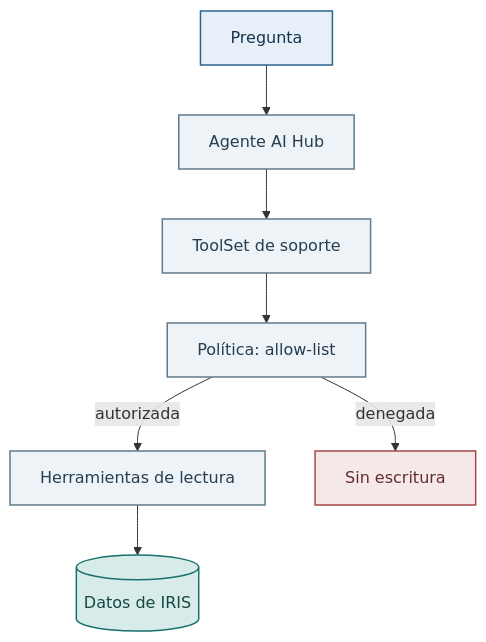
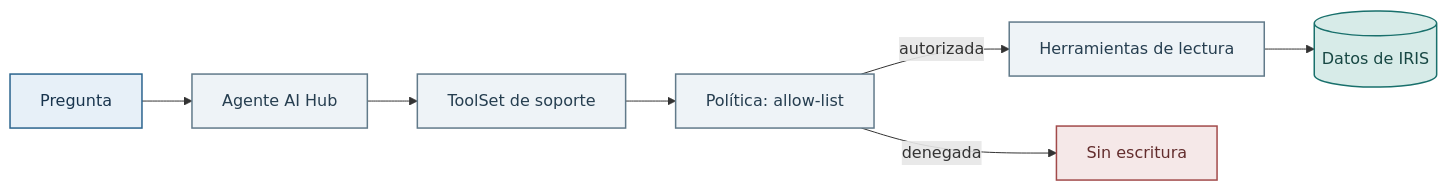
Before and after one commit to intersystems-ib/curso-ia-asistentes-iris: the diagram in labs/04-iris-y-aihub/README.md, drawn with Mermaid. The commit also changed 7 other files, not shown here.

Commit message:
docs: layout diagramas mermaid

````diff
--- a/labs/04-iris-y-aihub/README.md
+++ b/labs/04-iris-y-aihub/README.md
@@ -26,17 +26,17 @@
 ```mermaid
-flowchart TB
+flowchart LR
     Question[Pregunta] --> Agent[Agente AI Hub]
     Agent --> ToolSet[ToolSet de soporte]
     ToolSet --> Policy[Política: allow-list]
     Policy -->|autorizada| Tools[Herramientas de lectura]
     Policy -->|denegada| Block[Sin escritura]
     Tools --> IRIS[(Datos de IRIS)]
     classDef input fill:#E7F0F8,stroke:#2B648E,color:#18344D,stroke-width:1.5px;
     classDef process fill:#EEF3F7,stroke:#617A8A,color:#263E50,stroke-width:1.5px;
     classDef iris fill:#D7EBE8,stroke:#19706C,color:#174743,stroke-width:1.5px;
     classDef blocked fill:#F5E8E8,stroke:#A24A4A,color:#632D2D,stroke-width:1.5px;
     class Question input;
     class Agent,ToolSet,Policy,Tools process;
     class IRIS iris;
     class Block blocked;
 ```
````
